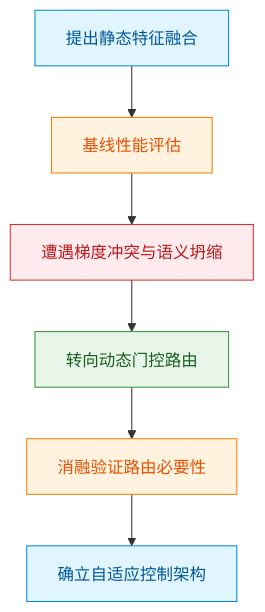
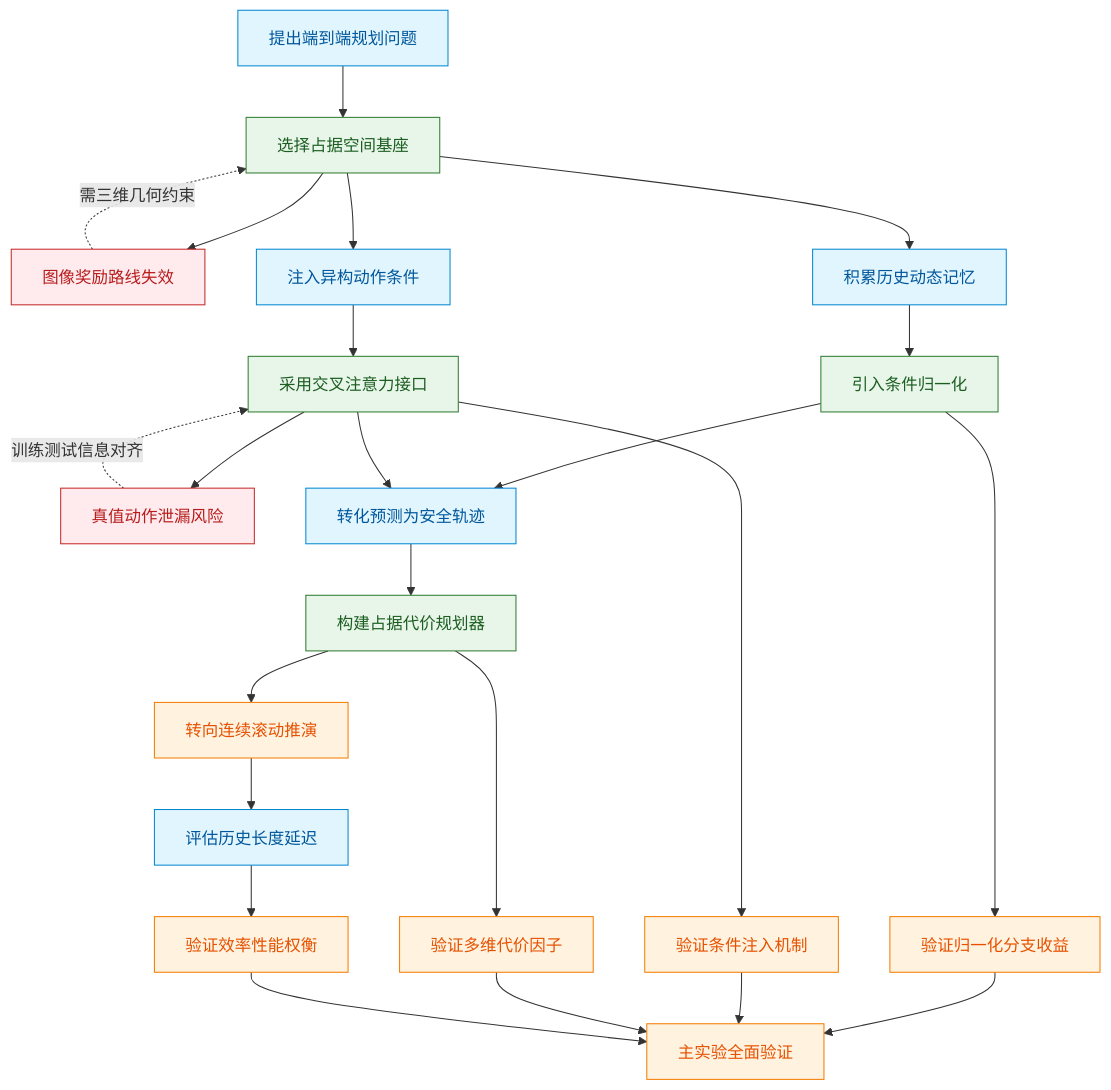
One commit to ShinewineW/paper-rolling changed the seventh of 10 diagrams in person_vault/2026-06-12_DrivingInTheOccupancyWorldVisionCentric4_2408.14197/report.md. Above: the diagram before and after it, drawn with Mermaid. The commit also changed other lines of this file and 51 other files, not shown here.

````diff
--- a/person_vault/2026-06-12_DrivingInTheOccupancyWorldVisionCentric4_2408.14197/report.md
+++ b/person_vault/2026-06-12_DrivingInTheOccupancyWorldVisionCentric4_2408.14197/report.md
@@ -367,20 +499,26 @@
 ```mermaid
-flowchart TB
-  classDef start fill:#e1f5fe,color:#01579b,stroke:#0288d1
-  classDef decision fill:#fff3e0,color:#e65100,stroke:#f57c00
-  classDef deadend fill:#ffebee,color:#b71c1c,stroke:#d32f2f
-  classDef pivot fill:#e8f5e9,color:#1b5e20,stroke:#388e3c
-  
-  init_hypothesis["提出静态特征融合"]:::start
-  eval_baseline["基线性能评估"]:::decision
-  hit_bottleneck["遭遇梯度冲突与语义坍缩"]:::deadend
-  pivot_dynamic["转向动态门控路由"]:::pivot
-  ablation_verify["消融验证路由必要性"]:::decision
-  final_arch["确立自适应控制架构"]:::start
-  
-  init_hypothesis --> eval_baseline
-  eval_baseline --> hit_bottleneck
-  hit_bottleneck --> pivot_dynamic
-  pivot_dynamic --> ablation_verify
-  ablation_verify --> final_arch
+flowchart TD
+    classDef q fill:#e1f5fe,color:#01579b,stroke:#0288d1
+    classDef d fill:#e8f5e9,color:#1b5e20,stroke:#2e7d32
+    classDef e fill:#fff3e0,color:#e65100,stroke:#f57c00
+    classDef x fill:#ffebee,color:#b71c1c,stroke:#c62828
+
+    q1["提出端到端规划问题"]:::q --> d1["选择占据空间基座"]:::d
+    d1 --> x1["图像奖励路线失效"]:::x
+    x1 -.需三维几何约束.-> d1
+    d1 --> q2["积累历史动态记忆"]:::q
+    q2 --> d2["引入条件归一化"]:::d
+    d2 --> e1["验证归一化分支收益"]:::e
+    d1 --> q3["注入异构动作条件"]:::q
+    q3 --> d3["采用交叉注意力接口"]:::d
+    d3 --> e2["验证条件注入机制"]:::e
+    d3 --> x2["真值动作泄漏风险"]:::x
+    x2 -.训练测试信息对齐.-> d3
+    d2 & d3 --> q4["转化预测为安全轨迹"]:::q
+    q4 --> d4["构建占据代价规划器"]:::d
+    d4 --> e3["验证多维代价因子"]:::e
+    d4 --> p1["转向连续滚动推演"]:::e
+    p1 --> q5["评估历史长度延迟"]:::q
+    q5 --> e5["验证效率性能权衡"]:::e
+    e1 & e2 & e3 & e5 --> e4["主实验全面验证"]:::e
 ```
````
